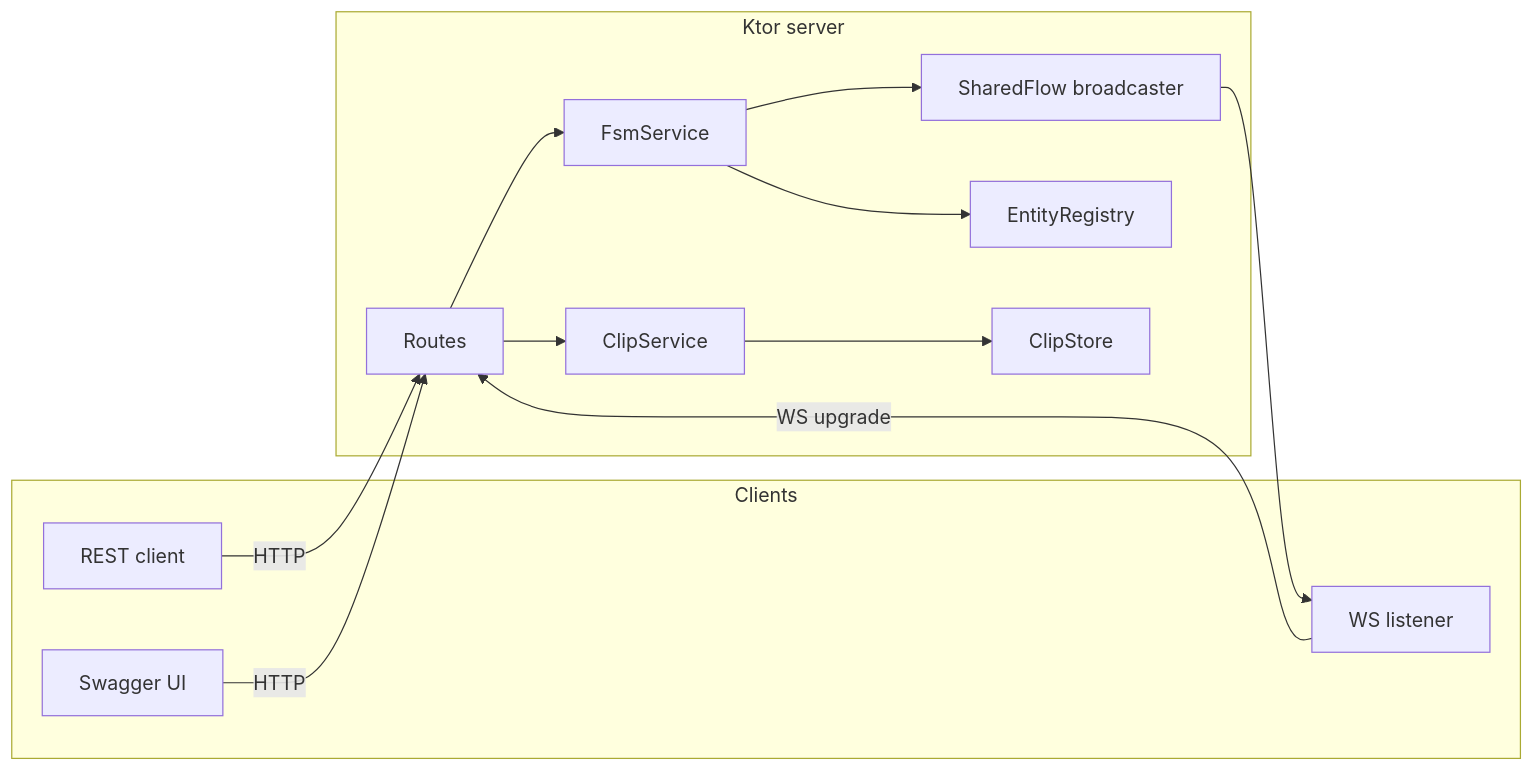
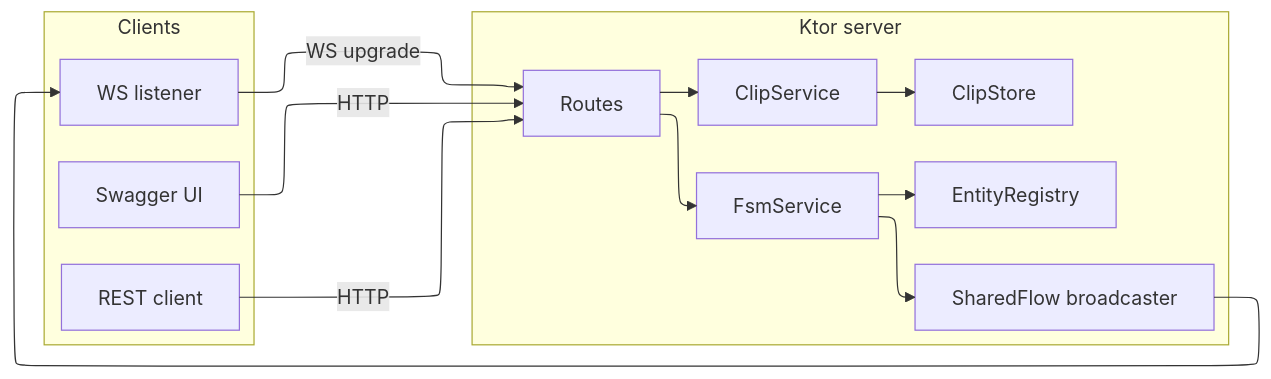
One commit to Evo-Eclipse/clapper-ktor changed the first of 6 diagrams in README.md. Above: the diagram before and after it, drawn with Mermaid. The commit also changed other lines of this file, not shown here.

Commit message:
docs: fix Mermaid diagrams, add ELK layout

````diff
--- a/README.md
+++ b/README.md
@@ -22,27 +22,28 @@
 ```mermaid
+%%{init: {"layout": "elk"}}%%
 flowchart LR
-    subgraph clients[Clients]
-        rest[REST client]
-        ws[WS listener]
-        swagger[Swagger UI]
+    subgraph Clients["Clients"]
+        rest["REST client"]
+        ws["WS listener"]
+        swagger["Swagger UI"]
     end
 
-    subgraph server[Ktor server]
-        routes[Routes]
-        fsm[FsmService]
-        clip[ClipService]
-        broadcaster[SharedFlow broadcaster]
-        registry[EntityRegistry]
-        store[ClipStore]
+    subgraph Server["Ktor server"]
+        routes["Routes"]
+        fsm["FsmService"]
+        clip["ClipService"]
+        broadcaster["SharedFlow broadcaster"]
+        registry["EntityRegistry"]
+        store["ClipStore"]
     end
 
     rest -->|HTTP| routes
     swagger -->|HTTP| routes
     ws -->|WS upgrade| routes
     routes --> fsm
     routes --> clip
     fsm --> registry
     fsm --> broadcaster
     clip --> store
     broadcaster --> ws
 ```
````
